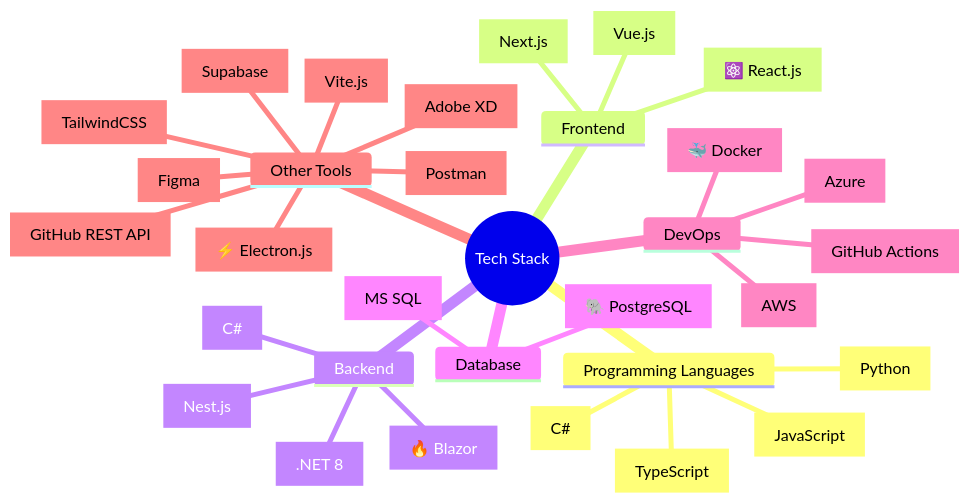
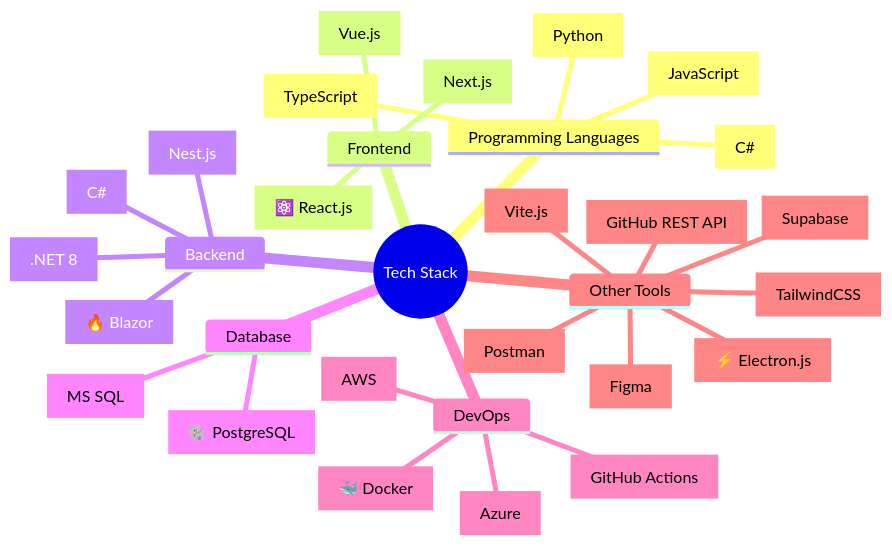
Before and after one commit to sametcn99/sametcn99: the diagram in README.md, drawn with Mermaid.

````diff
--- a/README.md
+++ b/README.md
@@ -8,35 +8,34 @@
 ```mermaid
 mindmap
   root((Tech Stack))
     Programming Languages
       JavaScript["JavaScript"]
       TypeScript["TypeScript"]
       CSharp["C#"]
       Python["Python"]
     Frontend
       React.js["⚛️ React.js"]
       Next.js["Next.js"]
       Vue.js["Vue.js"]
     Backend
       NestJS["Nest.js"]
       C#["C#"]
       .NET[".NET 8"]
       Blazor["🔥 Blazor"]
     Database
       PostgreSQL["🐘 PostgreSQL"]
       MSSQL["MS SQL"]
     DevOps
       GitHubActions["GitHub Actions"]
       Azure["Azure"]
       AWS["AWS"]
       Docker["🐳 Docker"]
     Other Tools
       Electron["⚡ Electron.js"]
       GitHub["GitHub REST API"]
       Supabase["Supabase"]
       Postman["Postman"]
       Vite.js["Vite.js"]
       TailwindCSS["TailwindCSS"]
       Figma["Figma"]
-      AdobeXD["Adobe XD"]
 ```
````
